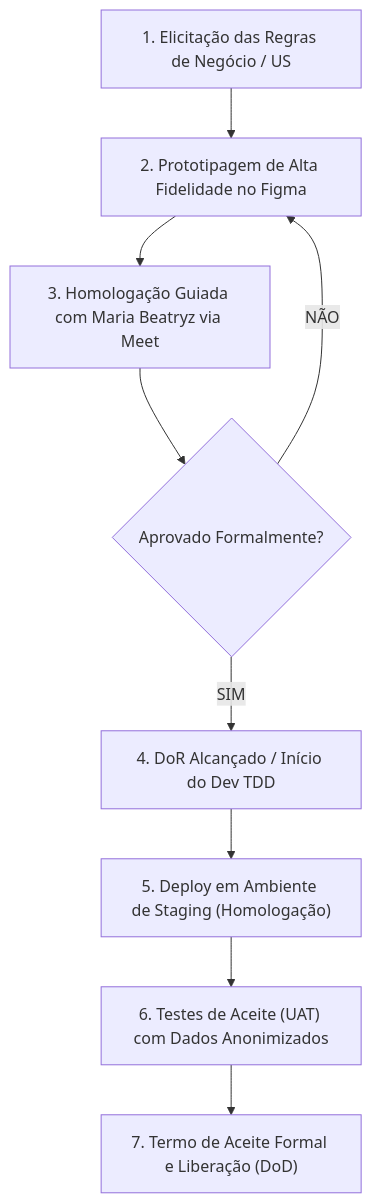
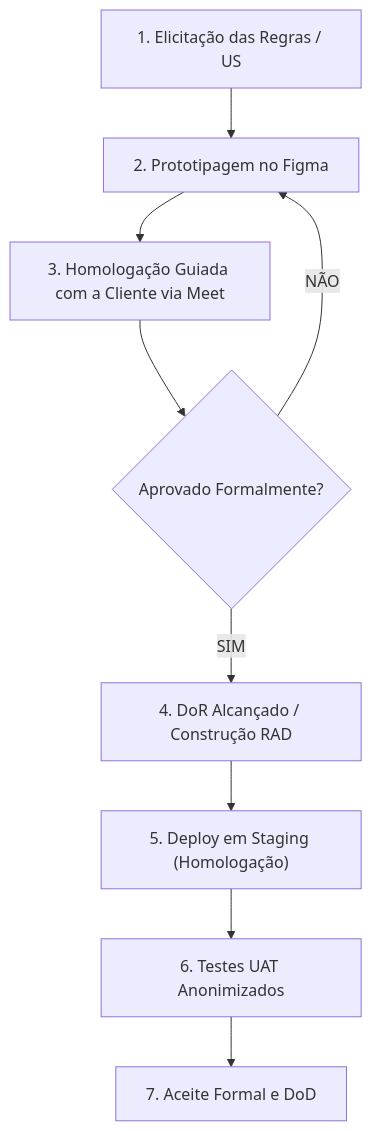
Before and after one commit to mdsreq-fga-unb/REQ-2026.2-T01-DUOC-Finance: the diagram in docs/interacao-cliente/7.3-validacao.md, drawn with Mermaid. The commit also changed other lines of this file and 4 other files, not shown here.

````diff
--- a/docs/interacao-cliente/7.3-validacao.md
+++ b/docs/interacao-cliente/7.3-validacao.md
@@ -73,13 +82,13 @@
-```mermaid
+<pre class="mermaid">
 flowchart TD
-    A["1. Elicitação das Regras de Negócio / US"] --> B["2. Prototipagem de Alta Fidelidade no Figma"]
-    B --> C["3. Homologação Guiada com Maria Beatryz via Meet"]
+    A["1. Elicitação das Regras / US"] --> B["2. Prototipagem no Figma"]
+    B --> C["3. Homologação Guiada com a Cliente via Meet"]
     C --> D{"Aprovado Formalmente?"}
     
     D -- "NÃO" --> B
-    D -- "SIM" --> F["4. DoR Alcançado / Início do Dev TDD"]
+    D -- "SIM" --> F["4. DoR Alcançado / Construção RAD"]
     
-    F --> G["5. Deploy em Ambiente de Staging (Homologação)"]
-    G --> H["6. Testes de Aceite (UAT) com Dados Anonimizados"]
-    H --> I["7. Termo de Aceite Formal e Liberação (DoD)"]
-```
+    F --> G["5. Deploy em Staging (Homologação)"]
+    G --> H["6. Testes UAT Anonimizados"]
+    H --> I["7. Aceite Formal e DoD"]
+</pre>
````
